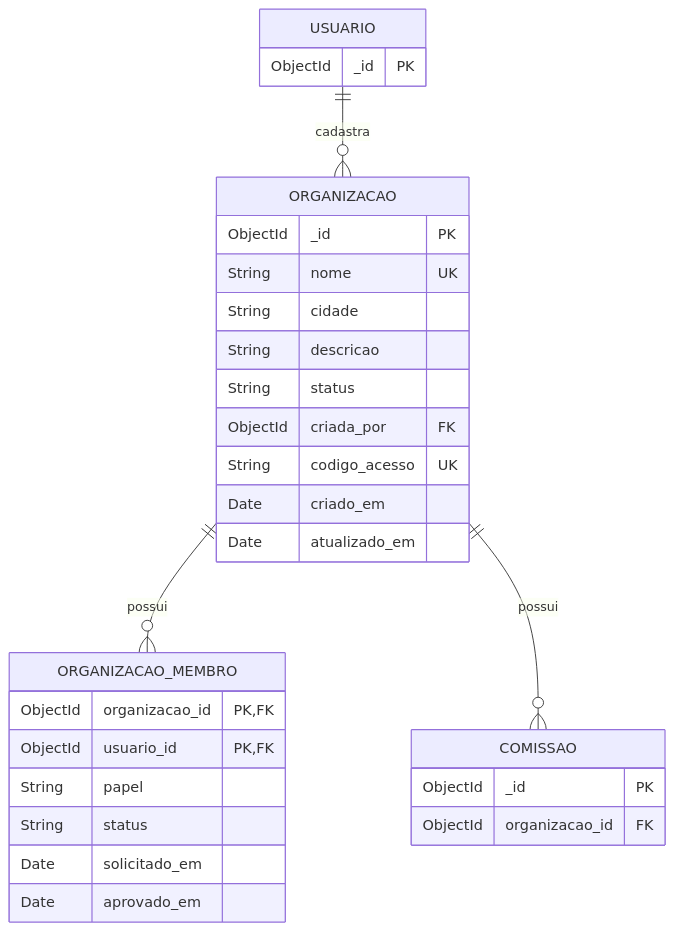
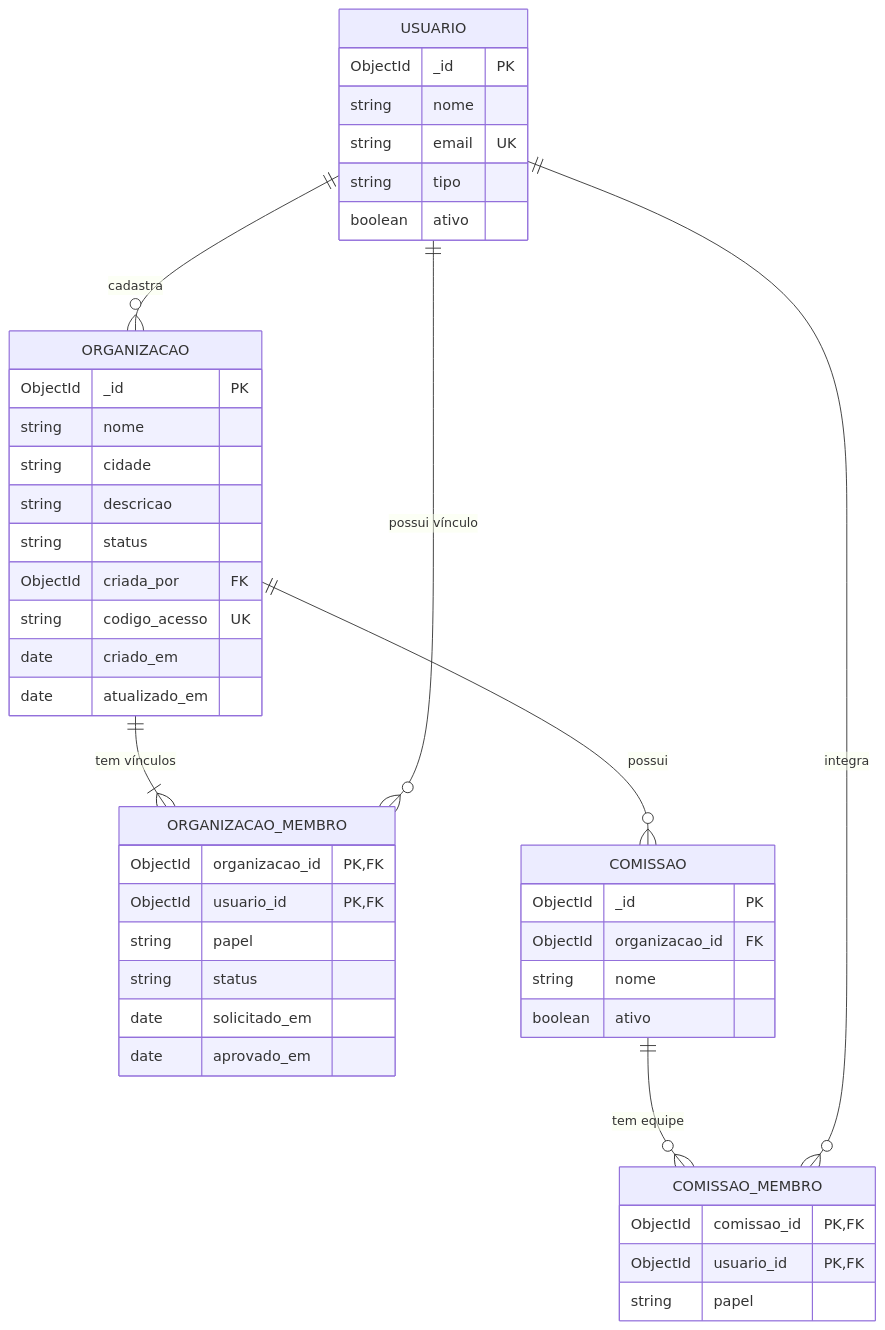
Before and after one commit to Conecta-IFSP/DOCUMENTATION: the diagram in 2 - Incremento1/cadastro-organizacao/4 - diagrama-relacional-cadastro-organizacao.md, drawn with Mermaid. The commit also changed other lines of this file and 54 other files, not shown here.

````diff
--- a/2 - Incremento1/cadastro-organizacao/4 - diagrama-relacional-cadastro-organizacao.md
+++ b/2 - Incremento1/cadastro-organizacao/4 - diagrama-relacional-cadastro-organizacao.md
@@ -9,36 +11,47 @@
 ```mermaid
 erDiagram
     USUARIO ||--o{ ORGANIZACAO : cadastra
-    ORGANIZACAO ||--o{ ORGANIZACAO_MEMBRO : possui
+    ORGANIZACAO ||--|{ ORGANIZACAO_MEMBRO : "tem vínculos"
+    USUARIO ||--o{ ORGANIZACAO_MEMBRO : "possui vínculo"
     ORGANIZACAO ||--o{ COMISSAO : possui
+    COMISSAO ||--o{ COMISSAO_MEMBRO : "tem equipe"
+    USUARIO ||--o{ COMISSAO_MEMBRO : integra
 
     ORGANIZACAO {
         ObjectId _id PK
-        String nome UK
-        String cidade
-        String descricao
-        String status
+        string nome
+        string cidade
+        string descricao
+        string status
         ObjectId criada_por FK
-        String codigo_acesso UK
-        Date criado_em
-        Date atualizado_em
+        string codigo_acesso UK
+        date criado_em
+        date atualizado_em
     }
-
-    USUARIO {
-        ObjectId _id PK
-    }
-
     ORGANIZACAO_MEMBRO {
         ObjectId organizacao_id PK,FK
         ObjectId usuario_id PK,FK
-        String papel
-        String status
-        Date solicitado_em
-        Date aprovado_em
+        string papel
+        string status
+        date solicitado_em
+        date aprovado_em
     }
-
+    USUARIO {
+        ObjectId _id PK
+        string nome
+        string email UK
+        string tipo
+        boolean ativo
+    }
     COMISSAO {
         ObjectId _id PK
         ObjectId organizacao_id FK
+        string nome
+        boolean ativo
+    }
+    COMISSAO_MEMBRO {
+        ObjectId comissao_id PK,FK
+        ObjectId usuario_id PK,FK
+        string papel
     }
 ```
````
